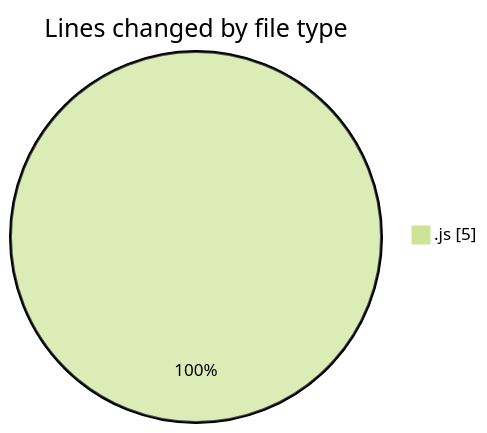
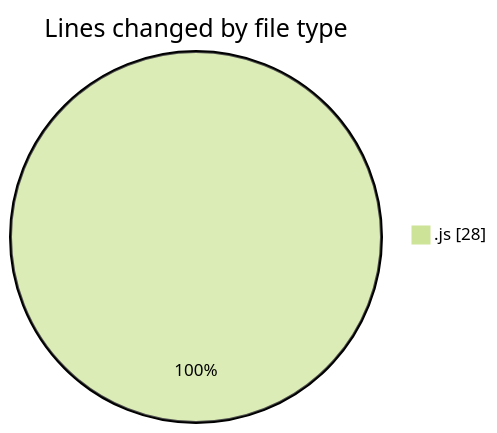
The first of 2 diagrams in 2025-07-19/mern-workoutboard/README.md (Ritupan-Deka/code-tracking), drawn with Mermaid (forest theme) before and after one commit. The commit also changed other lines of this file and 1 other file, not shown here.

````diff
--- a/2025-07-19/mern-workoutboard/README.md
+++ b/2025-07-19/mern-workoutboard/README.md
@@ -20,5 +20,5 @@
 ```mermaid
 pie showData
 title Lines changed by file type
-".js" : 5
+".js" : 28
 ```
````
